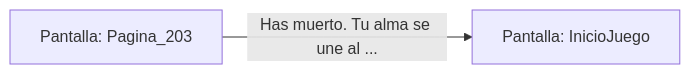
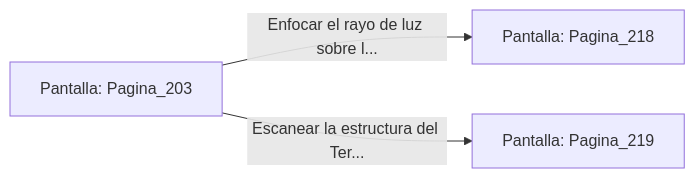
Before and after one commit to metsuke/mpl: the diagram in sample/eligejuego-vault/Pantalla_Pagina_203.md, drawn with Mermaid. The commit also changed other lines of this file and 635 other files, not shown here.

First line of the commit message:
fix: añadir Pagina_1 como pantalla inicial en capitulo_01.mpl

````diff
--- a/sample/eligejuego-vault/Pantalla_Pagina_203.md
+++ b/sample/eligejuego-vault/Pantalla_Pagina_203.md
@@ -17,5 +24,6 @@
 ```mermaid
 graph LR
     P_Pagina_203["Pantalla: Pagina_203"]
-    P_Pagina_203 -->|"Has muerto. Tu alma se une al ..."| P_InicioJuego["Pantalla: InicioJuego"]
+    P_Pagina_203 -->|"Enfocar el rayo de luz sobre l..."| P_Pagina_218["Pantalla: Pagina_218"]
+    P_Pagina_203 -->|"Escanear la estructura del Ter..."| P_Pagina_219["Pantalla: Pagina_219"]
 ```
````
